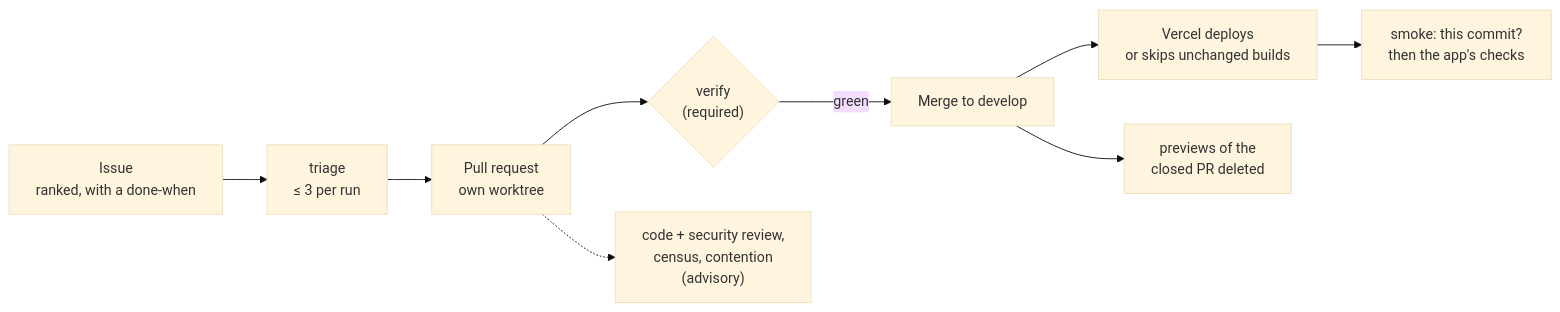
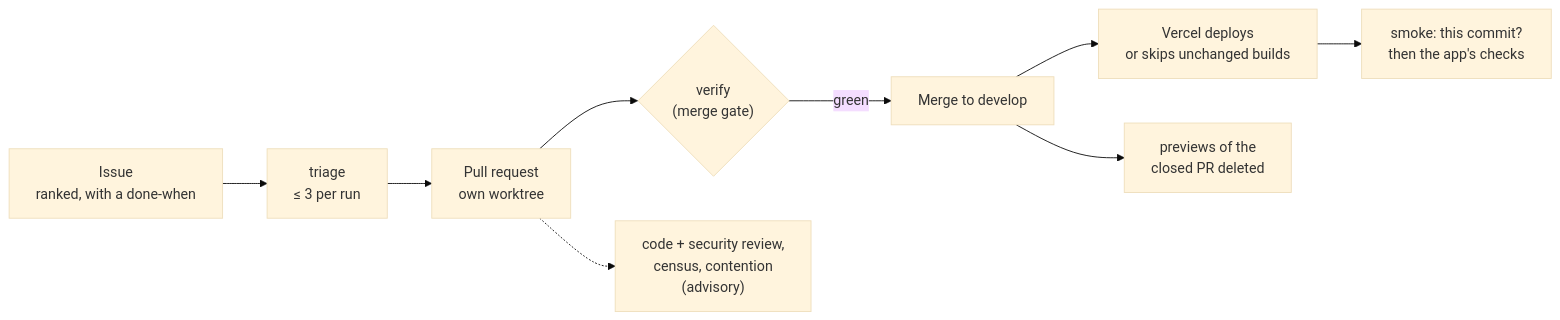
One commit to stevemarvell/boris changed the second of 2 diagrams in README.md. Above: the diagram before and after it, drawn with Mermaid (base theme). The commit also changed other lines of this file and 12 other files, not shown here.

````diff
--- a/README.md
+++ b/README.md
@@ -64,11 +64,11 @@
 ```mermaid
 flowchart LR
   issue["Issue<br/>ranked, with a done-when"] --> triage["triage<br/>≤ 3 per run"]
   triage --> pr["Pull request<br/>own worktree"]
-  pr --> checks{"verify<br/>(required)"}
+  pr --> checks{"verify<br/>(merge gate)"}
   pr -.-> reviews["code + security review,<br/>census, contention<br/>(advisory)"]
   checks -- green --> merge[Merge to develop]
   merge --> deploy["Vercel deploys<br/>or skips unchanged builds"]
   deploy --> smoke["smoke: this commit?<br/>then the app's checks"]
   merge --> prune["previews of the<br/>closed PR deleted"]
 ```
````
